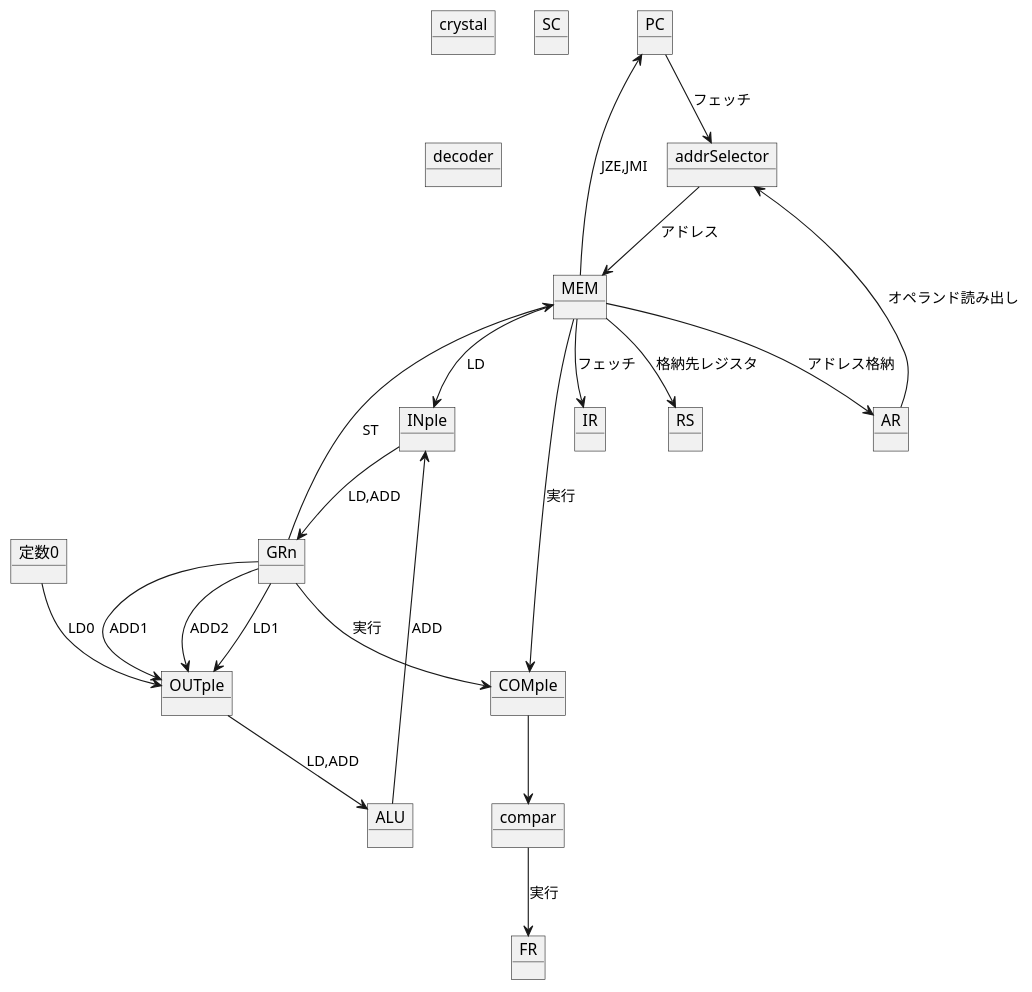
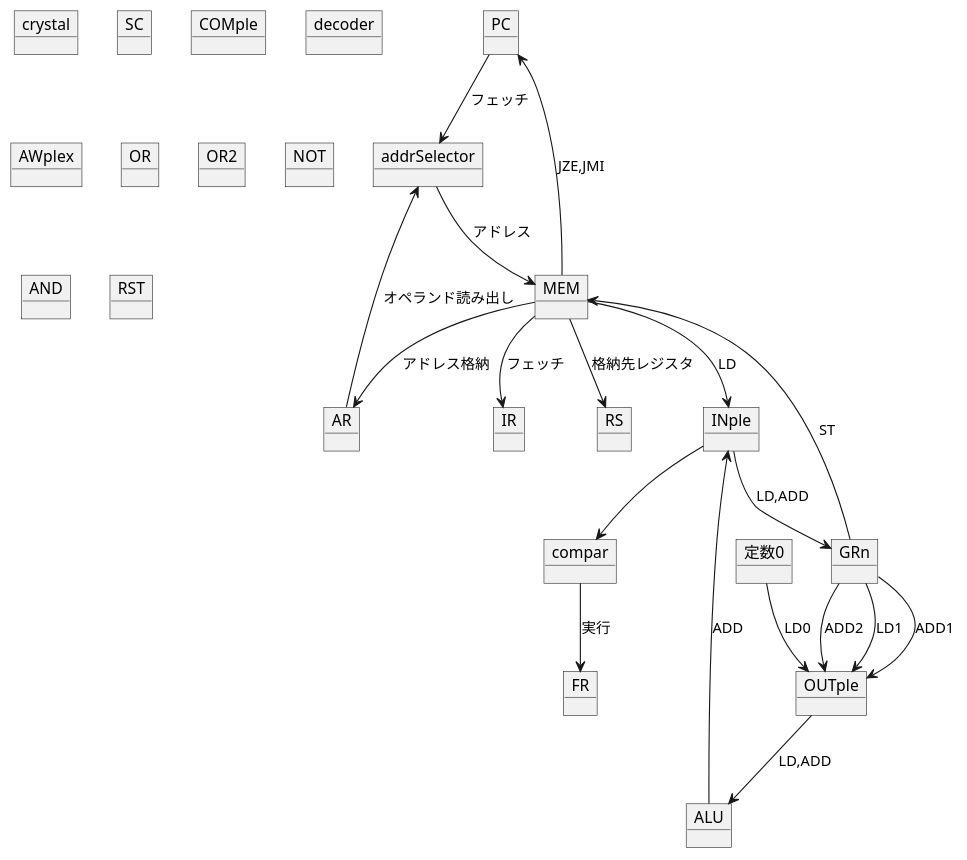
One commit to SeiyaIwabuchi/myCPU-2 changed the first of 2 diagrams in note.md. Above: the diagram before and after it, drawn with PlantUML. The commit also changed other lines of this file and 4 other files, not shown here.

````diff
--- a/note.md
+++ b/note.md
@@ -69,41 +69,45 @@
 ```plantuml
 @startuml
 object PC
 object MEM
 object IR
 object GRn
 object compar
 object FR
 object crystal
 object SC
 object RS
 object INple
 object OUTple
 object COMple
 object decoder
 object ALU
 object 定数0
+object AWplex
 object AR
 object addrSelector
+object OR
+object OR2
+object NOT
+object AND
+object RST
 PC --> addrSelector:フェッチ
 MEM --> IR:フェッチ
 MEM --> INple:LD
 INple --> GRn:LD,ADD
 GRn --> MEM:ST
 GRn --> OUTple:LD1
 定数0 --> OUTple:LD0
 compar --> FR:実行
-MEM --> COMple:実行
-GRn --> COMple:実行
-COMple --> compar
 MEM --> PC:JZE,JMI
 MEM --> RS:格納先レジスタ
 GRn --> OUTple:ADD1
 GRn --> OUTple:ADD2
 ALU --> INple:ADD
 OUTple --> ALU:LD,ADD
 MEM --> AR:アドレス格納
 AR --> addrSelector:オペランド読み出し
 addrSelector --> MEM:アドレス
+INple --> compar
 @enduml
 ```
````
